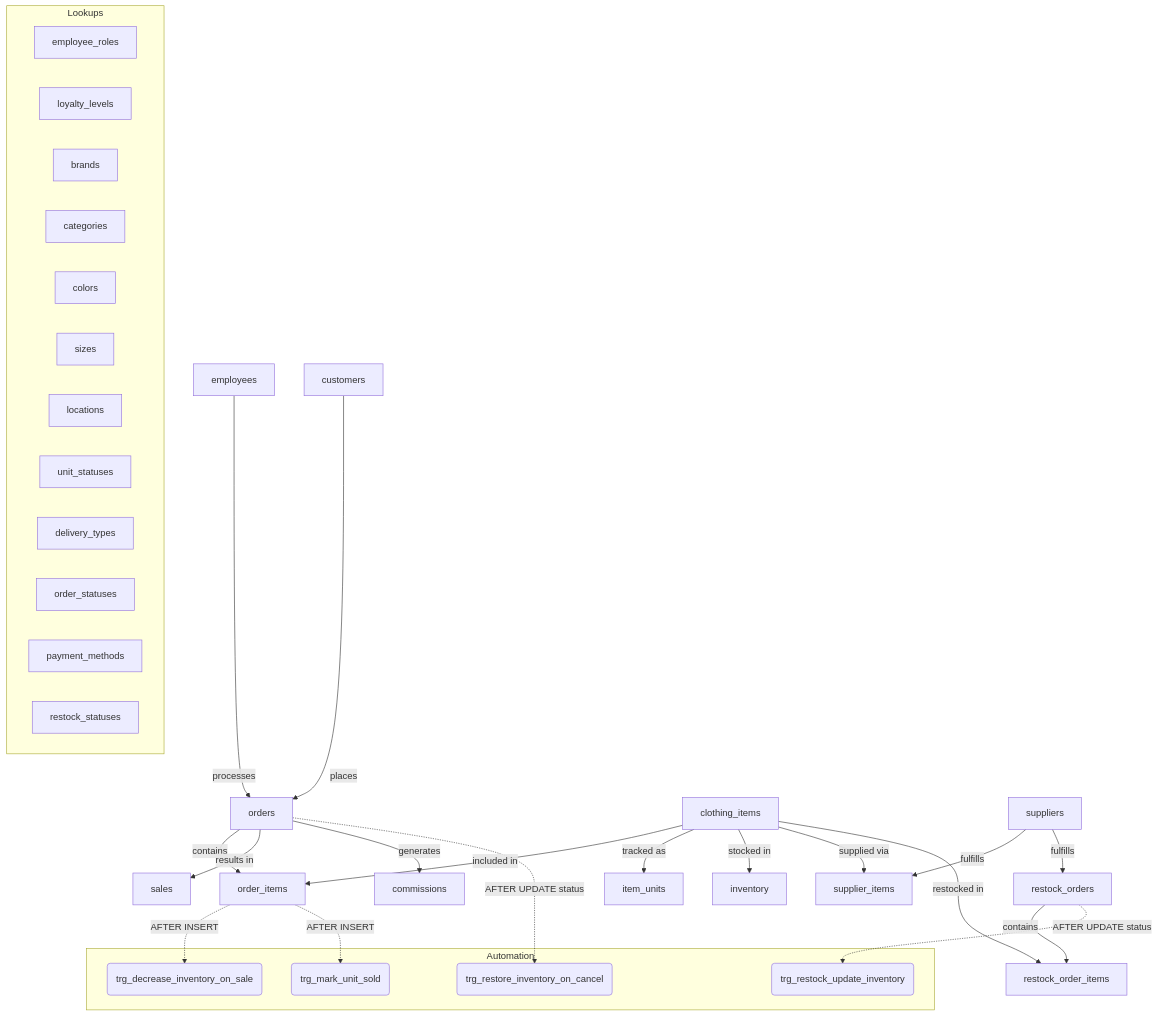
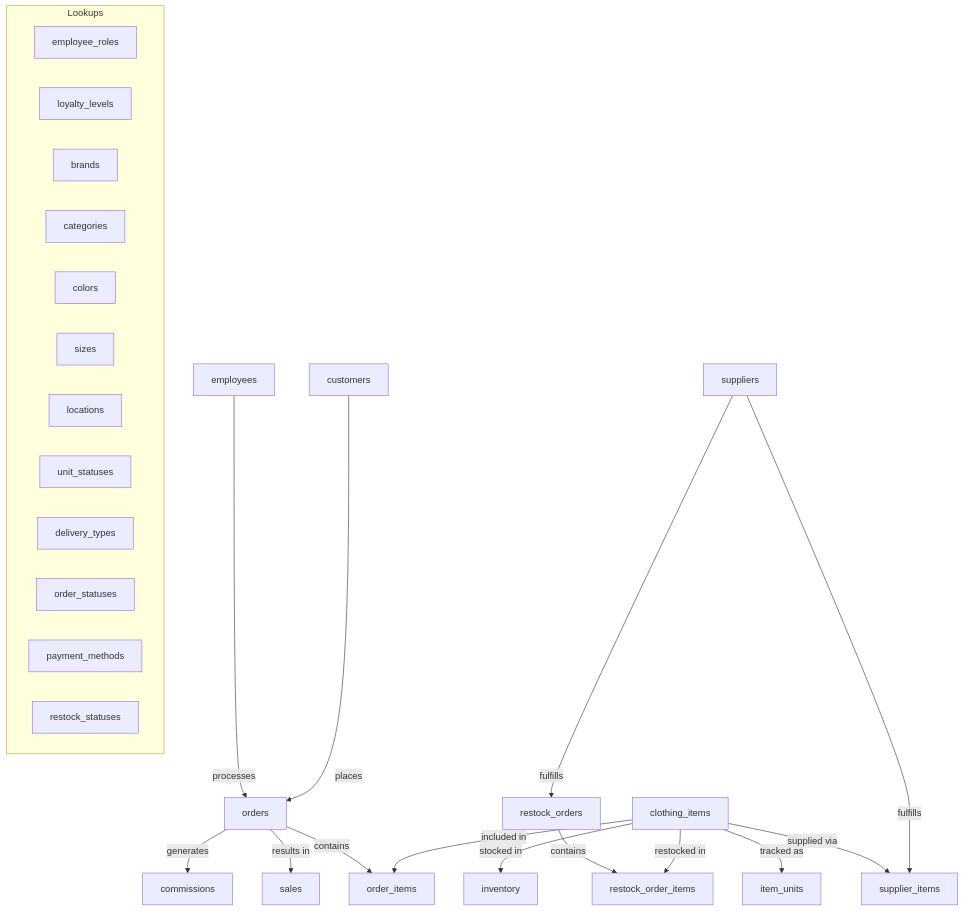
Before and after one commit to UNIDRA/ClothingDatabase: the second of 2 diagrams in README.md, drawn with Mermaid. The commit also changed other lines of this file, not shown here.

````diff
--- a/README.md
+++ b/README.md
@@ -230,43 +217,31 @@
 ```mermaid
 flowchart TD
     E[employees] -->|processes| O[orders]
     C[customers] -->|places| O
     O -->|contains| OI[order_items]
     O -->|results in| S[sales]
     O -->|generates| COM[commissions]
     CI[clothing_items] -->|included in| OI
     CI -->|tracked as| IU[item_units]
     CI -->|stocked in| INV[inventory]
     CI -->|supplied via| SI[supplier_items]
     SUP[suppliers] -->|fulfills| SI
     SUP -->|fulfills| RO[restock_orders]
     RO -->|contains| ROI[restock_order_items]
     CI -->|restocked in| ROI
 
-    subgraph Automation
-        TRG1(trg_decrease_inventory_on_sale)
-        TRG2(trg_restore_inventory_on_cancel)
-        TRG3(trg_mark_unit_sold)
-        TRG4(trg_restock_update_inventory)
-    end
-
-    OI -.->|AFTER INSERT| TRG1
-    O -.->|AFTER UPDATE status| TRG2
-    OI -.->|AFTER INSERT| TRG3
-    RO -.->|AFTER UPDATE status| TRG4
-
     subgraph Lookups
         ER[employee_roles]
         LL[loyalty_levels]
         BR[brands]
         CAT[categories]
         COL[colors]
         SZ[sizes]
         LOC[locations]
         US[unit_statuses]
         DT[delivery_types]
         OS[order_statuses]
         PM[payment_methods]
         RS[restock_statuses]
     end
 ```
````
